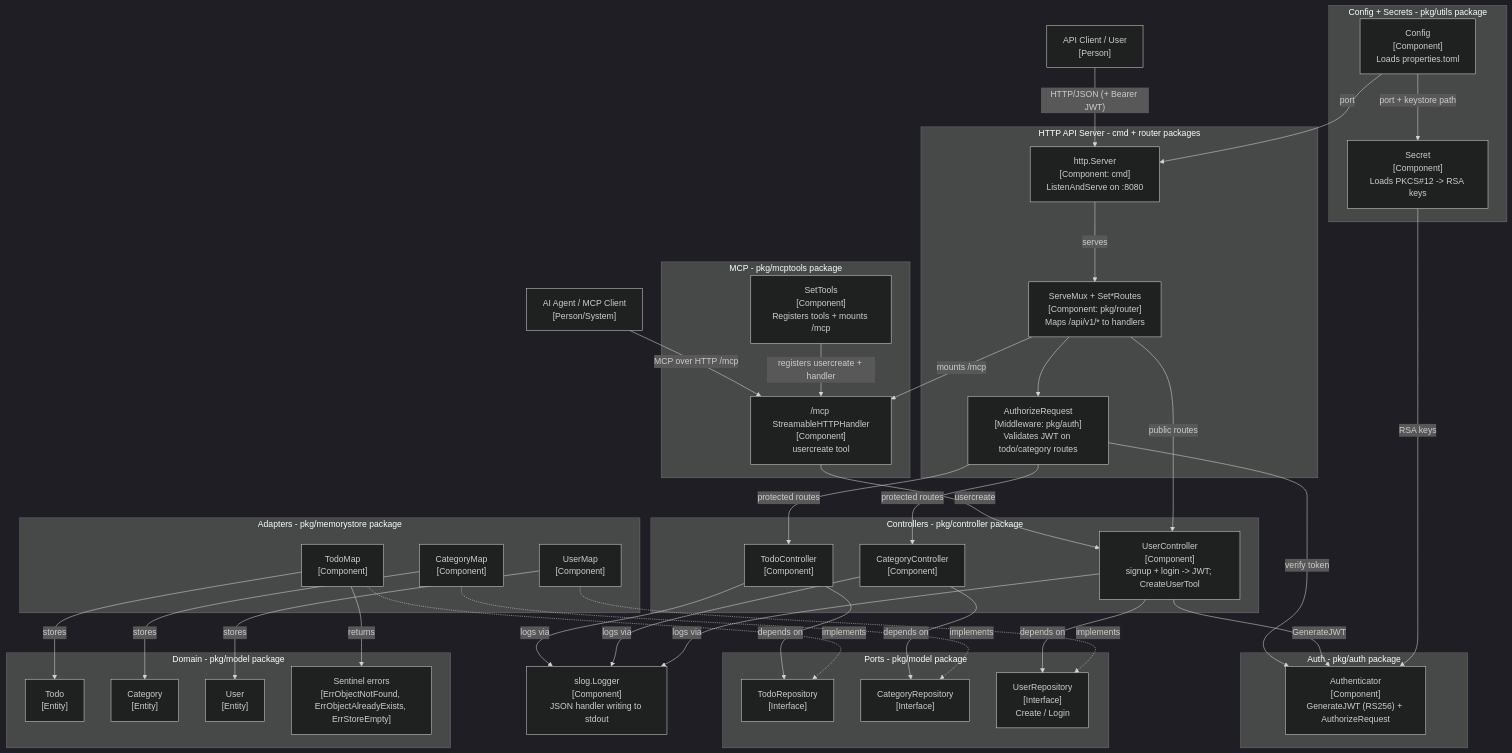
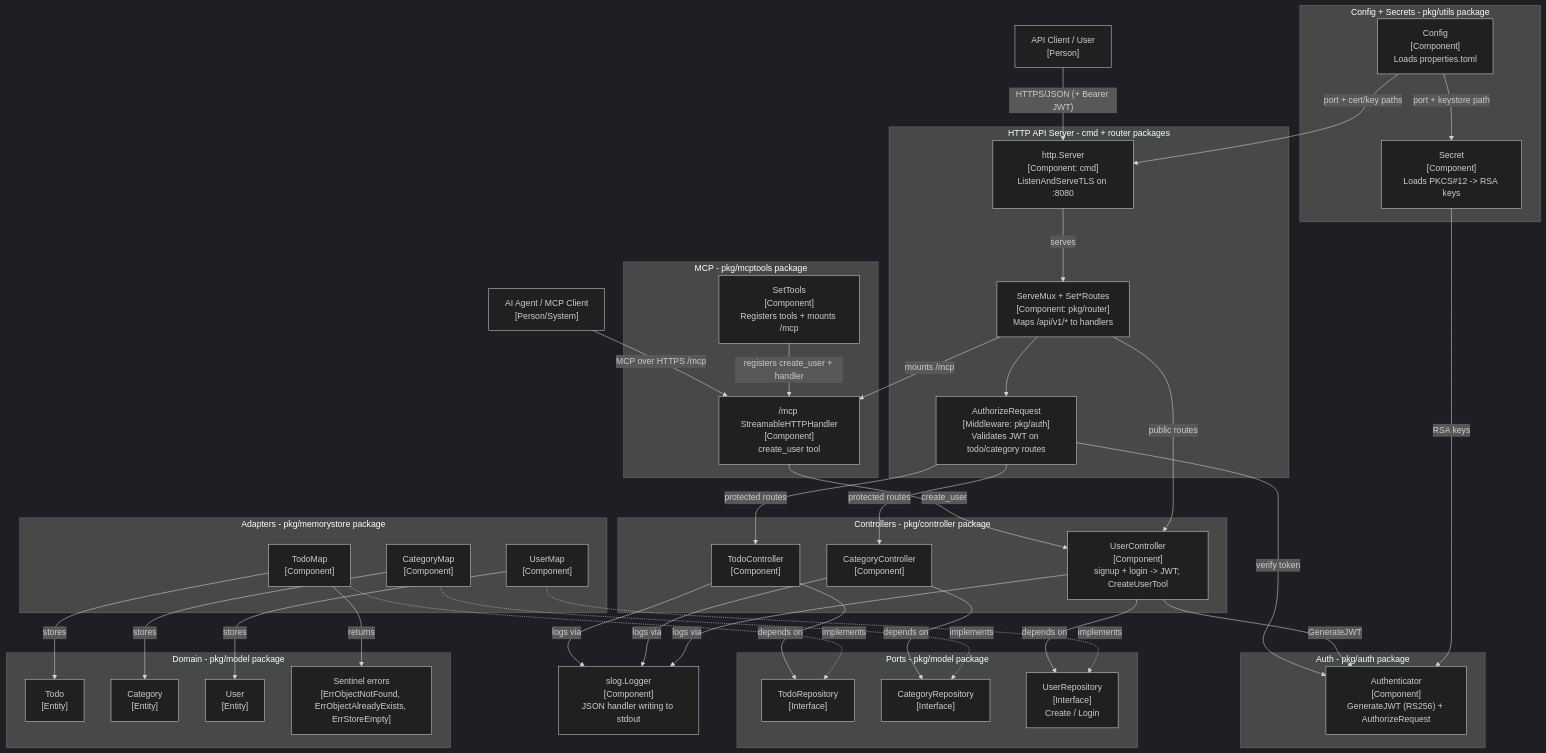
The third of 3 diagrams in README.md (rahulkrishnanfs/todolist), drawn with Mermaid (dark theme) before and after one commit. The commit also changed other lines of this file and 1 other file, not shown here.

First line of the commit message:
docs: refresh README and code review for MCP/HTTPS (#67)

```diff
--- a/README.md
+++ b/README.md
@@ -287,14 +303,14 @@
     agent["AI Agent / MCP Client<br/>[Person/System]"]
 
     subgraph server [HTTP API Server - cmd + router packages]
-        httpsrv["http.Server<br/>[Component: cmd]<br/>ListenAndServe on :8080"]
+        httpsrv["http.Server<br/>[Component: cmd]<br/>ListenAndServeTLS on :8080"]
         mux["ServeMux + Set*Routes<br/>[Component: pkg/router]<br/>Maps /api/v1/* to handlers"]
         mw["AuthorizeRequest<br/>[Middleware: pkg/auth]<br/>Validates JWT on todo/category routes"]
     end
 
     subgraph mcppkg [MCP - pkg/mcptools package]
         setTools["SetTools<br/>[Component]<br/>Registers tools + mounts /mcp"]
-        mcpHandler["/mcp StreamableHTTPHandler<br/>[Component]<br/>usercreate tool"]
+        mcpHandler["/mcp StreamableHTTPHandler<br/>[Component]<br/>create_user tool"]
     end
 
     subgraph authpkg [Auth - pkg/auth package]
@@ -333,13 +349,13 @@
 
     logger["slog.Logger<br/>[Component]<br/>JSON handler writing to stdout"]
 
-    user -->|"HTTP/JSON (+ Bearer JWT)"| httpsrv
-    agent -->|"MCP over HTTP /mcp"| mcpHandler
+    user -->|"HTTPS/JSON (+ Bearer JWT)"| httpsrv
+    agent -->|"MCP over HTTPS /mcp"| mcpHandler
     httpsrv -->|"serves"| mux
     mux --> mw
     mux -->|"mounts /mcp"| mcpHandler
-    setTools -->|"registers usercreate + handler"| mcpHandler
-    mcpHandler -->|"usercreate"| userCtrl
+    setTools -->|"registers create_user + handler"| mcpHandler
+    mcpHandler -->|"create_user"| userCtrl
     mw -->|"verify token"| authr
     mw -->|"protected routes"| todoCtrl
     mw -->|"protected routes"| catCtrl
@@ -356,7 +372,7 @@
 
     secret -->|"RSA keys"| authr
     cfg -->|"port + keystore path"| secret
-    cfg -->|"port"| httpsrv
+    cfg -->|"port + cert/key paths"| httpsrv
 
     todoMap -->|"stores"| todoModel
     catMap -->|"stores"| catModel
```
